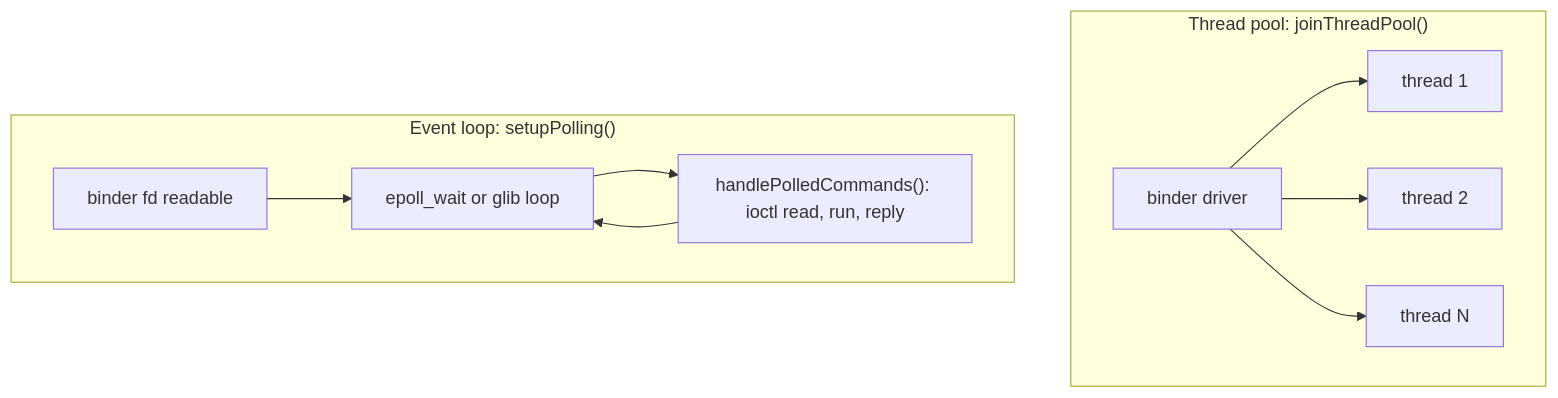
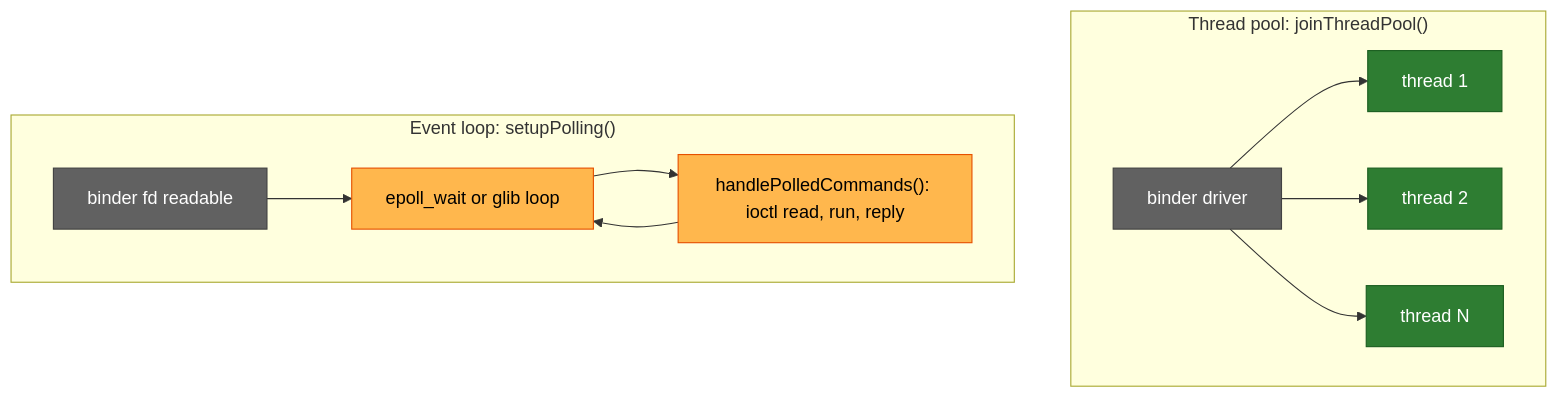
Before and after one commit to rdkcentral/rdk-halif-aidl: the fourth of 6 diagrams in docs/introduction/binder_call_path.md, drawn with Mermaid. The commit also changed other lines of this file, not shown here.

First line of the commit message:
Update #956: Colour the binder call path diagrams

````diff
--- a/docs/introduction/binder_call_path.md
+++ b/docs/introduction/binder_call_path.md
@@ -97,13 +121,19 @@
 ```mermaid
 flowchart TB
     subgraph pool["Thread pool: joinThreadPool()"]
         D1[binder driver] --> T1[thread 1]
         D1 --> T2[thread 2]
         D1 --> TN[thread N]
     end
     subgraph poll["Event loop: setupPolling()"]
         D2[binder fd readable] --> E[epoll_wait or glib loop]
         E --> H["handlePolledCommands(): ioctl read, run, reply"]
         H --> E
     end
+    classDef kernel fill:#616161,stroke:#424242,color:#FFFFFF
+    classDef pool fill:#2E7D32,stroke:#1B5E20,color:#FFFFFF
+    classDef loop fill:#FFB74D,stroke:#E65100,color:#000000
+    class D1,D2 kernel
+    class T1,T2,TN pool
+    class E,H loop
 ```
````
